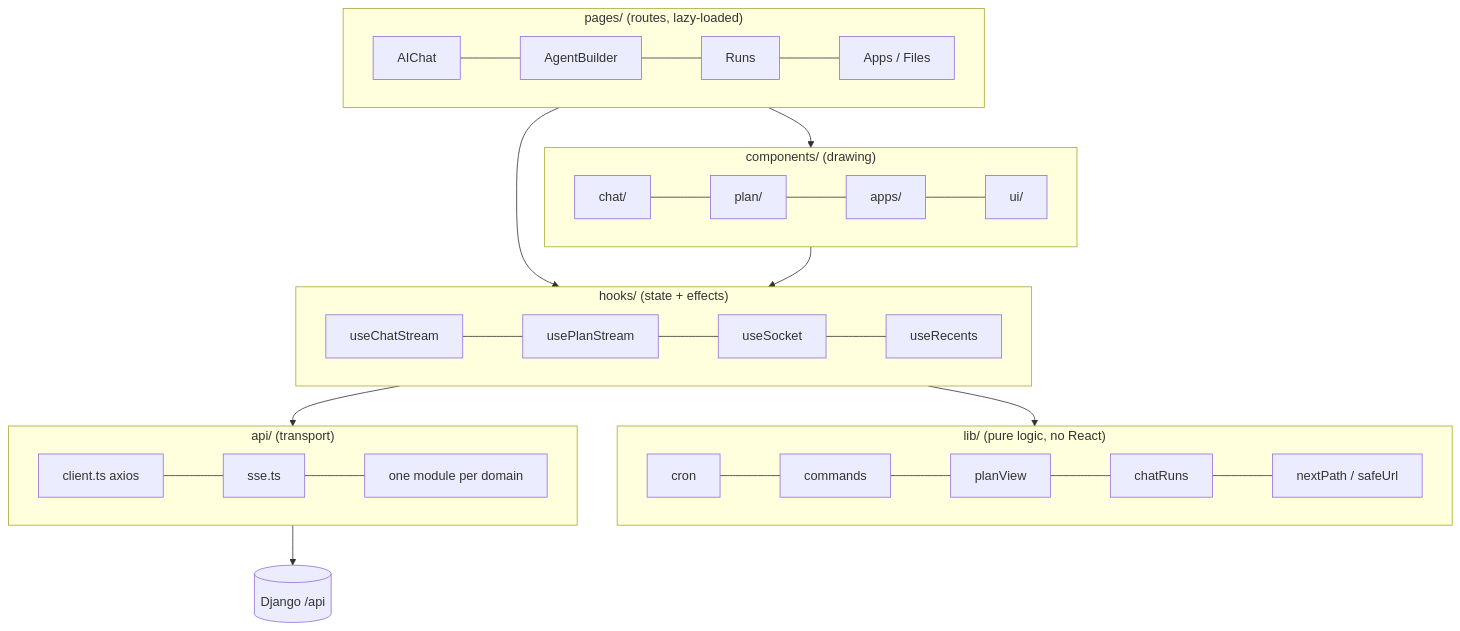
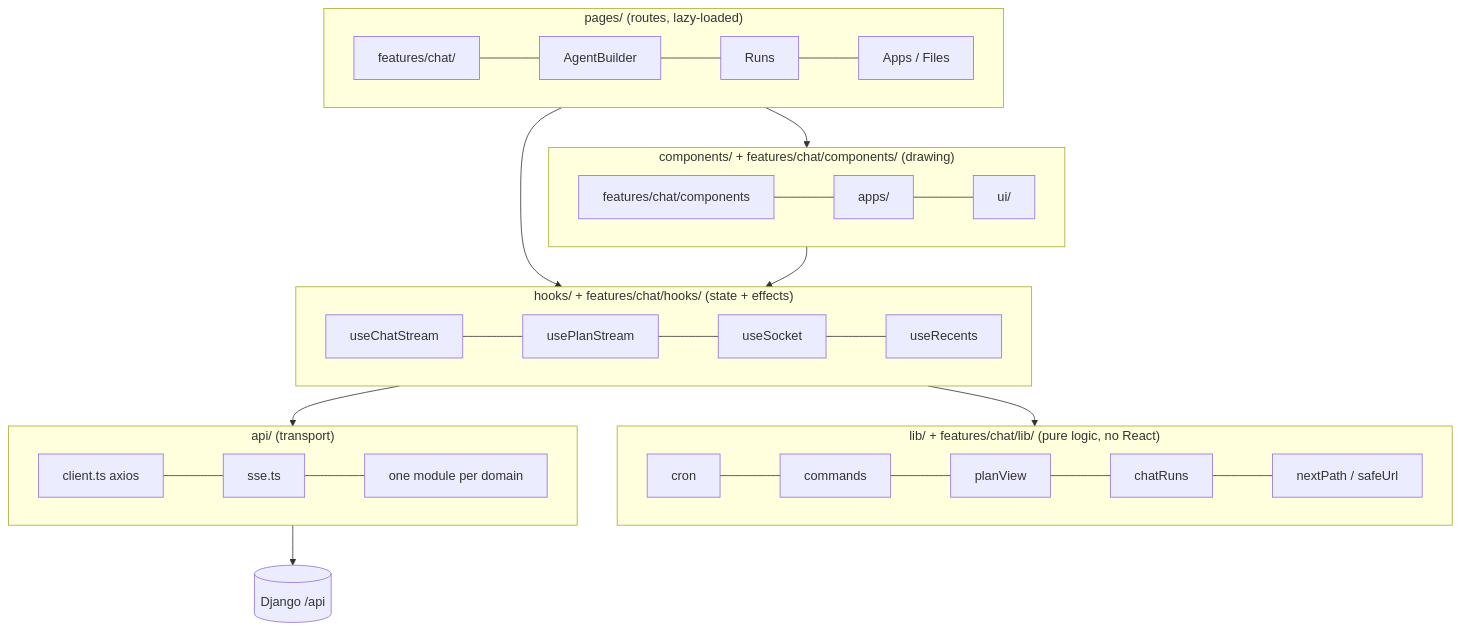
One commit to KaushalJainAI/AIAAS changed the first of 18 diagrams in LLD_Guide/03_Frontend_LLD_Patterns.md. Above: the diagram before and after it, drawn with Mermaid. The commit also changed other lines of this file and 323 other files, not shown here.

````diff
--- a/LLD_Guide/03_Frontend_LLD_Patterns.md
+++ b/LLD_Guide/03_Frontend_LLD_Patterns.md
@@ -14,24 +14,24 @@
 ```mermaid
 flowchart TB
     subgraph Pages["pages/ (routes, lazy-loaded)"]
-      P1[AIChat] --- P2[AgentBuilder] --- P3[Runs] --- P4[Apps / Files]
+      P1[features/chat/] --- P2[AgentBuilder] --- P3[Runs] --- P4[Apps / Files]
     end
-    subgraph Components["components/ (drawing)"]
-      C1[chat/] --- C2[plan/] --- C3[apps/] --- C4[ui/]
+    subgraph Components["components/ + features/chat/components/ (drawing)"]
+      C1[features/chat/components] --- C2[apps/] --- C3[ui/]
     end
-    subgraph Hooks["hooks/ (state + effects)"]
+    subgraph Hooks["hooks/ + features/chat/hooks/ (state + effects)"]
       H1[useChatStream] --- H2[usePlanStream] --- H3[useSocket] --- H4[useRecents]
     end
-    subgraph Lib["lib/ (pure logic, no React)"]
+    subgraph Lib["lib/ + features/chat/lib/ (pure logic, no React)"]
       L1[cron] --- L2[commands] --- L3[planView] --- L4[chatRuns] --- L5[nextPath / safeUrl]
     end
     subgraph Api["api/ (transport)"]
       A1[client.ts axios] --- A2[sse.ts] --- A3[one module per domain]
     end
     Pages --> Components
     Pages --> Hooks
     Components --> Hooks
     Hooks --> Lib
     Hooks --> Api
     Api --> Server[(Django /api)]
 ```
````
